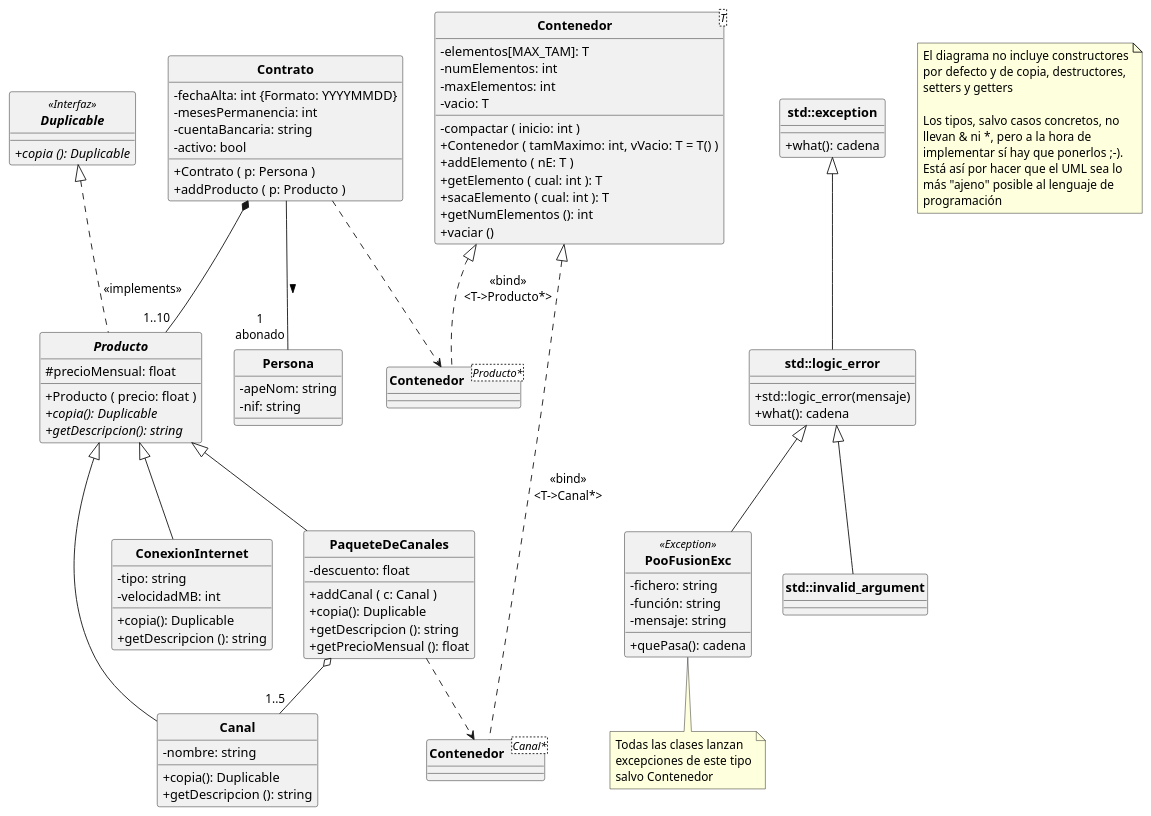
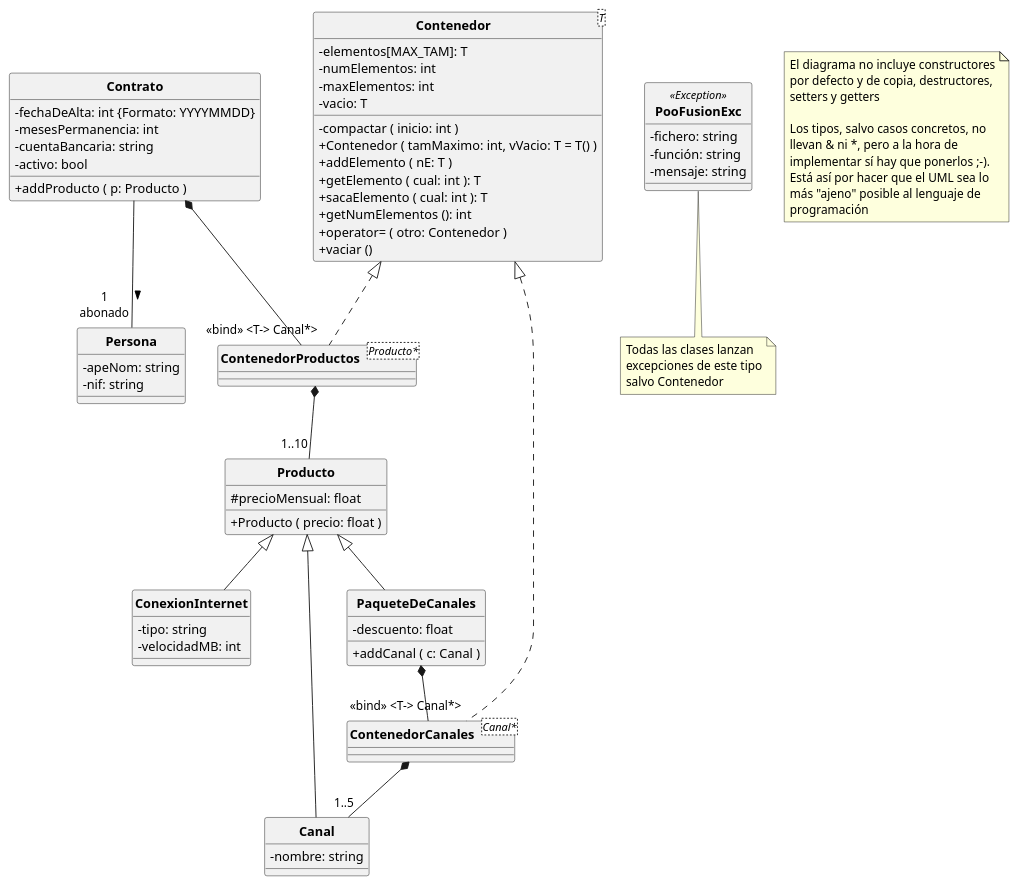
Before and after one commit to POOUJA/PooFusion: the diagram in PooFusion.puml, drawn with PlantUML. The commit also changed 1 other file, not shown here.

```diff
--- a/PooFusion.puml
+++ b/PooFusion.puml
@@ -1,122 +1,93 @@
 @startuml
 
 hide circle
 skinparam classattributeiconsize 0
 skinparam classFontStyle bold
-
-interface Duplicable<<Interfaz>> {
-   + {abstract} copia (): Duplicable
-}
 
 class Persona {
    - apeNom: string
    - nif: string
 }
 
 class Contrato {
-   - fechaAlta: int {Formato: YYYYMMDD}
+   - fechaDeAlta: int {Formato: YYYYMMDD}
    - mesesPermanencia: int
    - cuentaBancaria: string
    - activo: bool
-   + Contrato ( p: Persona )
    + addProducto ( p: Producto )
 }
 
-abstract class Producto {
+class Producto {
    # precioMensual: float
    + Producto ( precio: float )
-   + {abstract} copia(): Duplicable
-   + {abstract} getDescripcion(): string
 }
 
 class ConexionInternet {
    - tipo: string
    - velocidadMB: int
-   + copia(): Duplicable
-   + getDescripcion (): string
 }
 
 class Canal {
    - nombre: string
-   + copia(): Duplicable
-   + getDescripcion (): string
 }
 
 class PaqueteDeCanales {
    - descuento: float
    + addCanal ( c: Canal )
-   + copia(): Duplicable
-   + getDescripcion (): string
-   + getPrecioMensual (): float
 }
 
-class Contenedor<T> {
+class Contenedor<T>{
    - elementos[MAX_TAM]: T
    - numElementos: int
    - maxElementos: int
    - vacio: T
-
    - compactar ( inicio: int )
    + Contenedor ( tamMaximo: int, vVacio: T = T() )
    + addElemento ( nE: T )
    + getElemento ( cual: int ): T
    + sacaElemento ( cual: int ): T
    + getNumElementos (): int
+   + operator= ( otro: Contenedor )
    + vaciar ()
 }
 
-class PooFusionExc<<Exception>> extends std::logic_error{
+class ContenedorProductos<Producto*>{}
+
+class ContenedorCanales<Canal*>{}
+
+Contrato -- "1\nabonado" Persona: >
+Producto <|-- ConexionInternet 
+Producto <|-- Canal
+Producto <|-- PaqueteDeCanales
+Contenedor <|..  "<<bind>> <T-> Canal*>" ContenedorProductos
+Contenedor <|.. "<<bind>> <T-> Canal*>" ContenedorCanales
+Contrato *-- ContenedorProductos
+ContenedorProductos *-- "1..10" Producto
+PaqueteDeCanales *-- ContenedorCanales
+ContenedorCanales *-- "1..5" Canal
+
+class PooFusionExc<<Exception>> {
    - fichero: string
    - función: string
    - mensaje: string
-   + quePasa(): cadena
 }
 note bottom of PooFusionExc
    Todas las clases lanzan
    excepciones de este tipo
    salvo Contenedor
 end note
-
-class std::exception {
-  + what(): cadena
-}
-
-class std::logic_error extends std::exception {
-  +std::logic_error(mensaje)
-  + what(): cadena
-}
-class std::invalid_argument extends std::logic_error
-
-class "Contenedor<Canal*>" as CC {
-}
-
-class "Contenedor<Producto*>" as CP{
-}
-
-
-Contrato -- "1\nabonado" Persona: >
-Producto <|-- ConexionInternet 
-Producto <|-- Canal
-Producto <|-- PaqueteDeCanales
-Contenedor <|.. CP: <<bind>>\n<T->Producto*>
-Contrato ..> CP
-Contrato *-- "1..10" Producto
-Duplicable <|.. Producto: <<implements>>
-Contenedor <|.. CC: <<bind>>\n<T->Canal*>
-PaqueteDeCanales o-- "1..5"Canal
-PaqueteDeCanales ..> CC
 
 note as Nota1
    El diagrama no incluye constructores
    por defecto y de copia, destructores,
    setters y getters
 
    Los tipos, salvo casos concretos, no
    llevan & ni *, pero a la hora de
-   implementar sí hay que ponerlos ;-). 
+   implementar sí hay que ponerlos ;-).
    Está así por hacer que el UML sea lo
    más "ajeno" posible al lenguaje de
    programación
 end note
 
 @enduml
```
